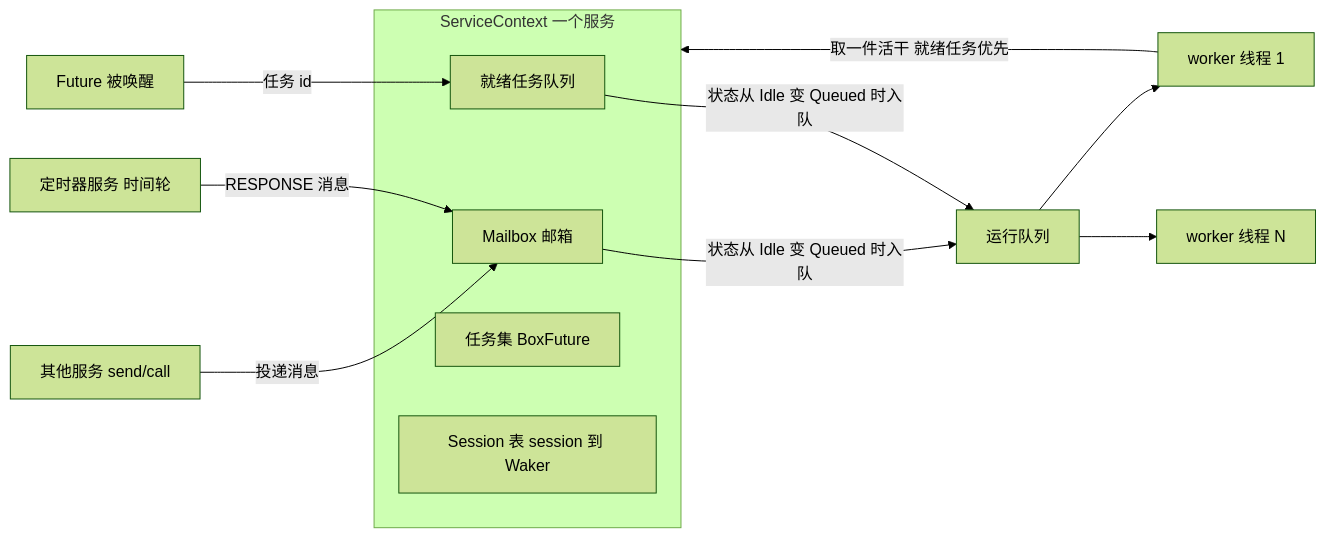
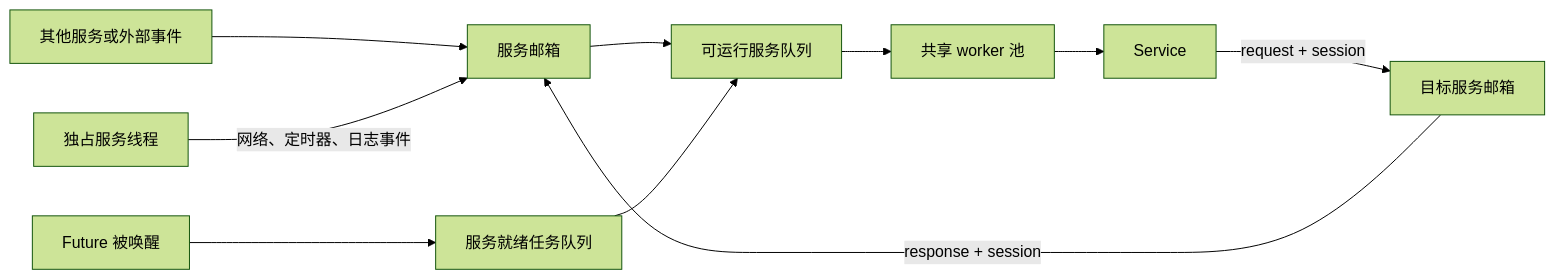
Before and after one commit to zhb1990/rskynet: the diagram in README.md, drawn with Mermaid (forest theme). The commit also changed other lines of this file and 13 other files, not shown here.

````diff
--- a/README.md
+++ b/README.md
@@ -26,17 +235,12 @@
 ```mermaid
 flowchart LR
-    subgraph svc [ServiceContext 一个服务]
-        MB[Mailbox 邮箱]
-        RQ[就绪任务队列]
-        TS[任务集 BoxFuture]
-        SS["Session 表 session 到 Waker"]
-    end
-    Sender[其他服务 send/call] -->|投递消息| MB
-    TimerSvc[定时器服务 时间轮] -->|RESPONSE 消息| MB
-    Waker[Future 被唤醒] -->|任务 id| RQ
-    MB -->|状态从 Idle 变 Queued 时入队| GQ[运行队列]
-    RQ -->|状态从 Idle 变 Queued 时入队| GQ
-    GQ --> W1[worker 线程 1]
-    GQ --> WN[worker 线程 N]
-    W1 -->|取一件活干 就绪任务优先| svc
+    A[其他服务或外部事件] --> M[服务邮箱]
+    M --> Q[可运行服务队列]
+    W[Future 被唤醒] --> T[服务就绪任务队列]
+    T --> Q
+    Q --> P[共享 worker 池]
+    P --> S[Service]
+    S -->|request + session| M2[目标服务邮箱]
+    M2 -->|response + session| M
+    X[独占服务线程] -->|网络、定时器、日志事件| M
 ```
````
